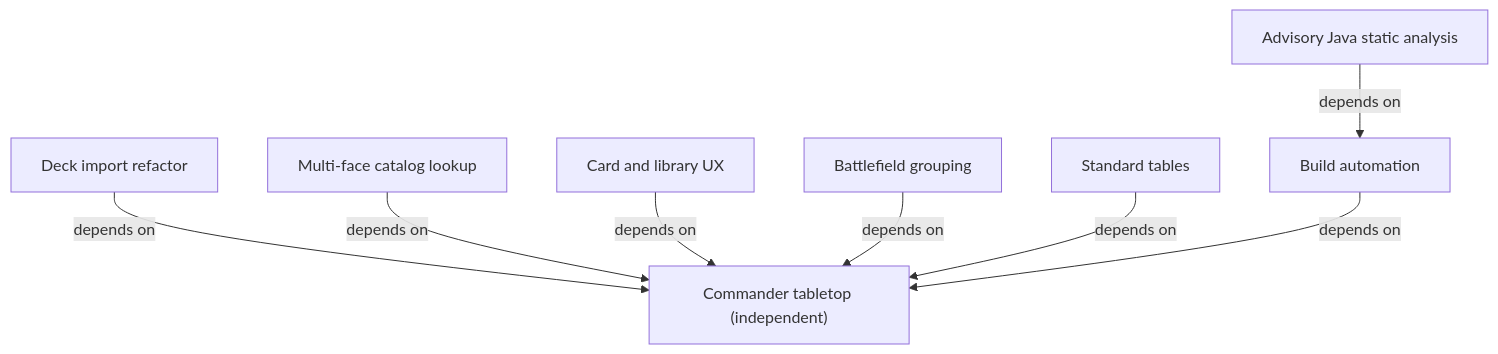
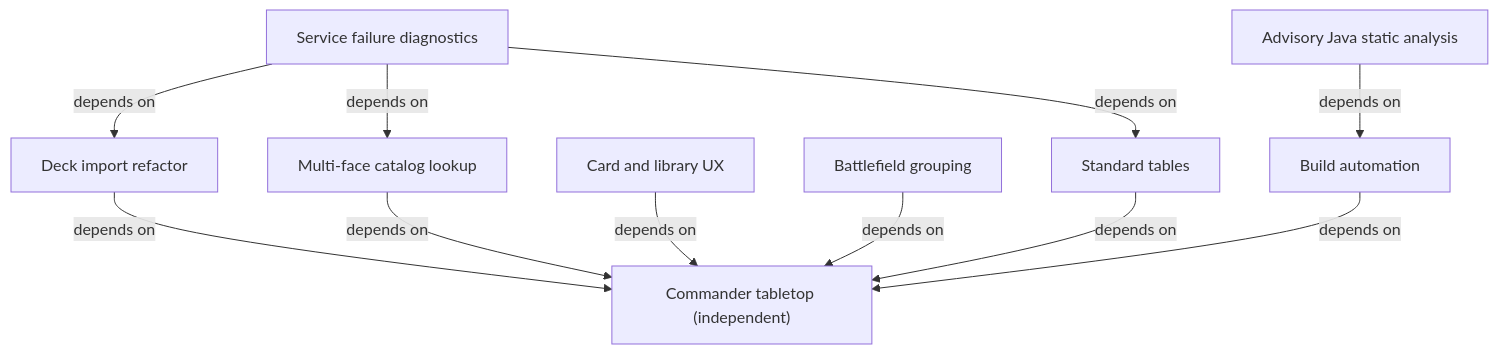
Before and after one commit to gossagomez-new/mtgcmd: the diagram in spec/INDEX.md, drawn with Mermaid. The commit also changed other lines of this file and 20 other files, not shown here.

Commit message:
fix(backend): preserve typed service failures and diagnostics

````diff
--- a/spec/INDEX.md
+++ b/spec/INDEX.md
@@ -18,18 +19,22 @@
 ```mermaid
 flowchart TD
     tabletop["Commander tabletop (independent)"]
     build["Build automation"]
     analysis["Advisory Java static analysis"]
     analysis -->|depends on| build
     imports["Deck import refactor"]
     imports -->|depends on| tabletop
     catalog["Multi-face catalog lookup"]
     catalog -->|depends on| tabletop
     ux["Card and library UX"]
     ux -->|depends on| tabletop
     grouping["Battlefield grouping"]
     grouping -->|depends on| tabletop
     standard["Standard tables"]
     standard -->|depends on| tabletop
+    diagnostics["Service failure diagnostics"]
+    diagnostics -->|depends on| imports
+    diagnostics -->|depends on| catalog
+    diagnostics -->|depends on| standard
     build -->|depends on| tabletop
 ```
````
